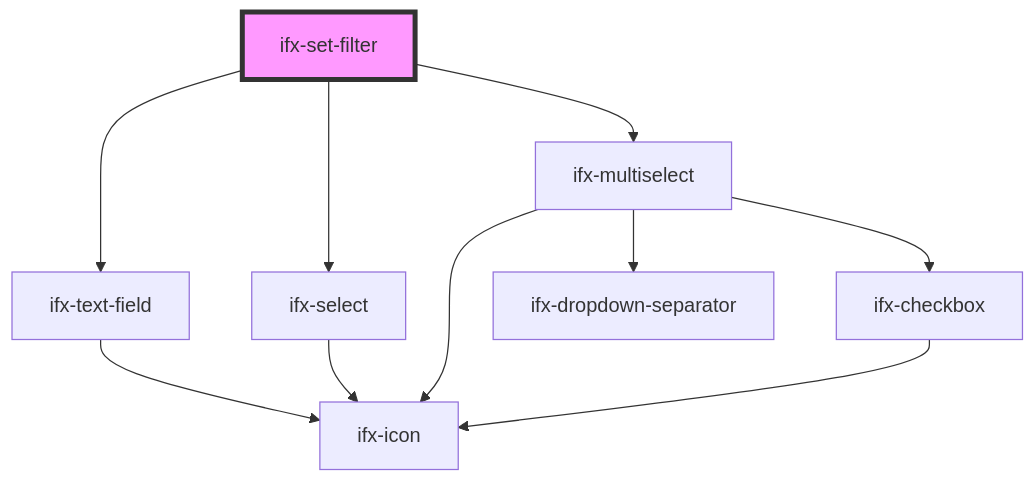
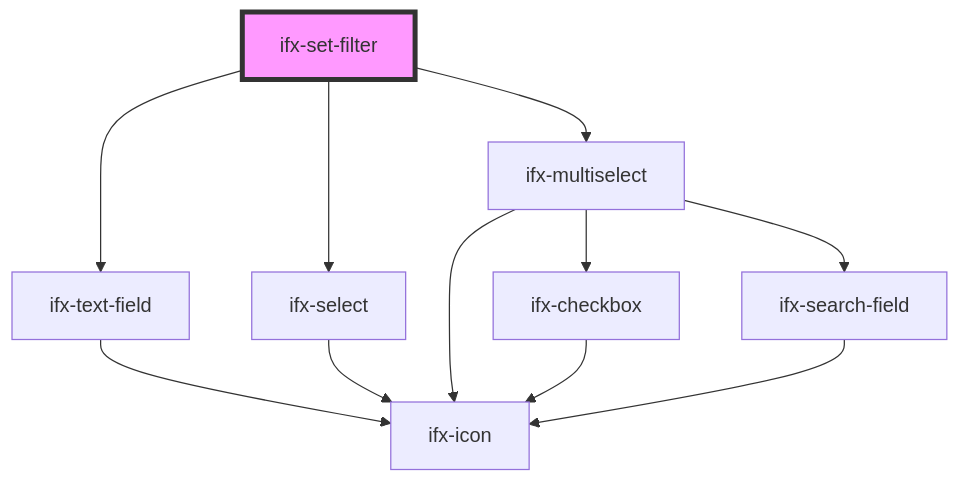
The diagram in packages/components/src/components/table-advanced-version/set-filter/readme.md (Infineon/infineon-design-system-stencil), drawn with Mermaid before and after one commit. The commit also changed 12 other files, not shown here.

````diff
--- a/packages/components/src/components/table-advanced-version/set-filter/readme.md
+++ b/packages/components/src/components/table-advanced-version/set-filter/readme.md
@@ -35,13 +35,14 @@
 ```mermaid
 graph TD;
   ifx-set-filter --> ifx-text-field
   ifx-set-filter --> ifx-select
   ifx-set-filter --> ifx-multiselect
   ifx-text-field --> ifx-icon
   ifx-select --> ifx-icon
   ifx-multiselect --> ifx-checkbox
-  ifx-multiselect --> ifx-dropdown-separator
+  ifx-multiselect --> ifx-search-field
   ifx-multiselect --> ifx-icon
   ifx-checkbox --> ifx-icon
+  ifx-search-field --> ifx-icon
   style ifx-set-filter fill:#f9f,stroke:#333,stroke-width:4px
 ```
````
